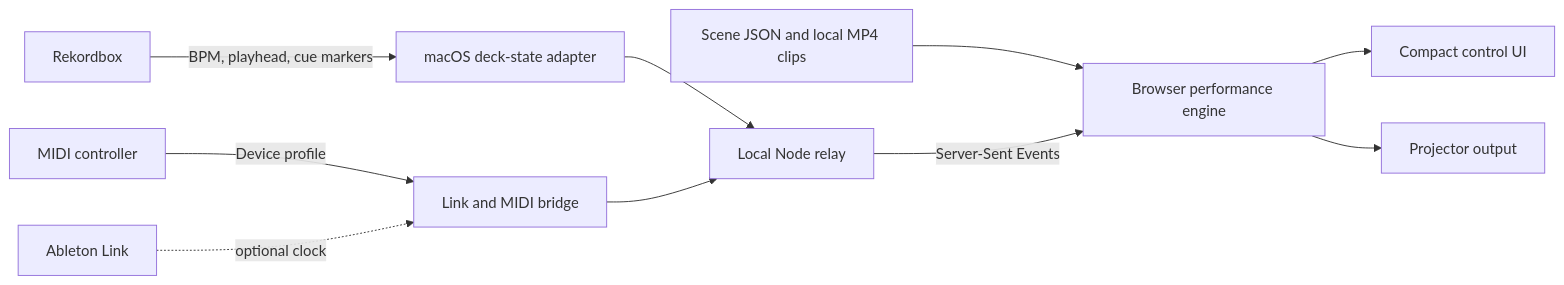
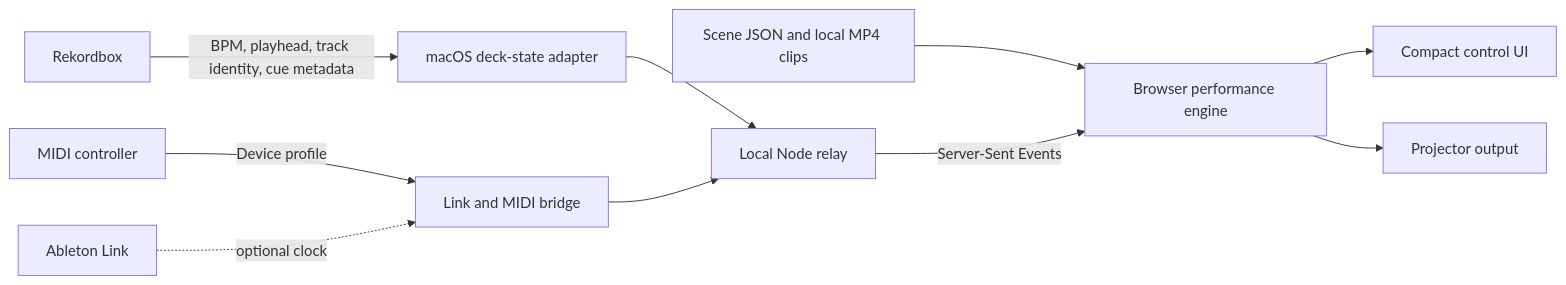
The diagram in README.md (asaeed/video-sync), drawn with Mermaid before and after one commit. The commit also changed other lines of this file and 55 other files, not shown here.

Commit message:
feat: add Scene Studio and Rekordbox deck-state v2

````diff
--- a/README.md
+++ b/README.md
@@ -32,12 +33,12 @@
 ```mermaid
 flowchart LR
-    R[Rekordbox] -->|BPM, playhead, cue markers| A[macOS deck-state adapter]
+    R[Rekordbox] -->|BPM, playhead, track identity, cue metadata| A[macOS deck-state adapter]
     C[MIDI controller] -->|Device profile| B[Link and MIDI bridge]
     L[Ableton Link] -. optional clock .-> B
     A --> S[Local Node relay]
     B --> S
     J[Scene JSON and local MP4 clips] --> P[Browser performance engine]
     S -->|Server-Sent Events| P
     P --> U[Compact control UI]
     P --> O[Projector output]
 ```
````
